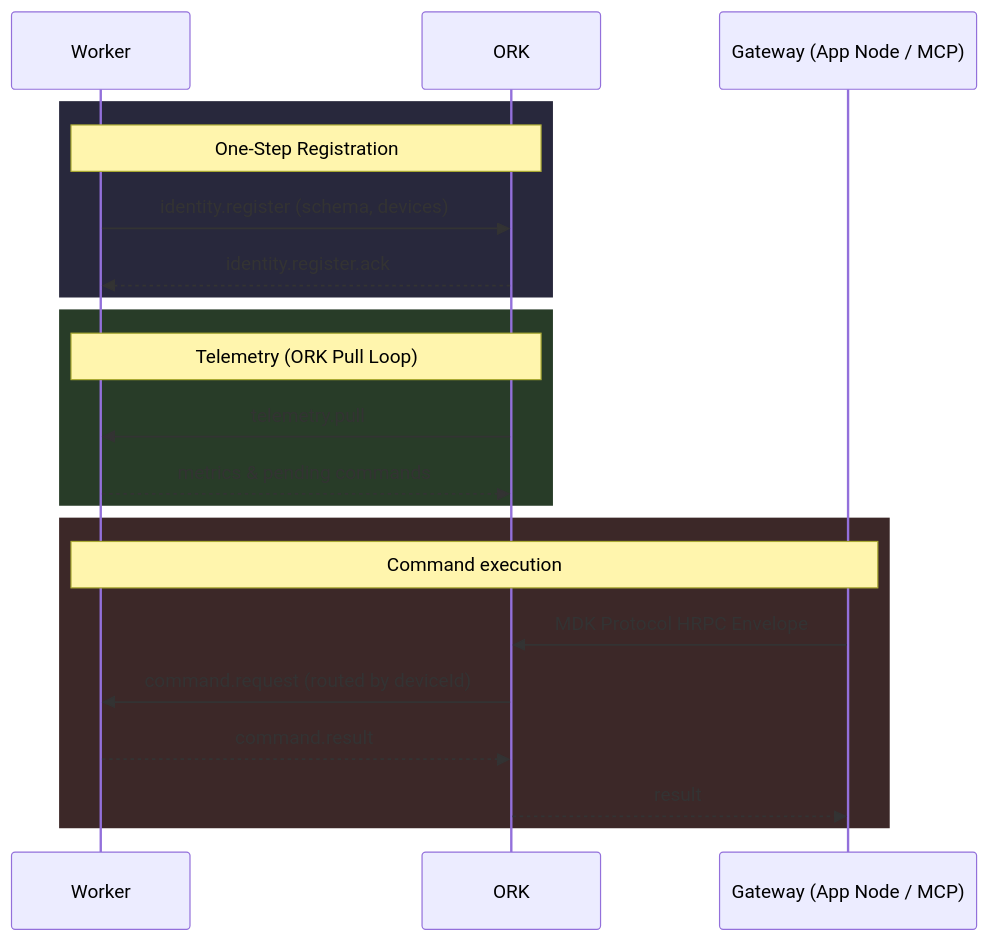
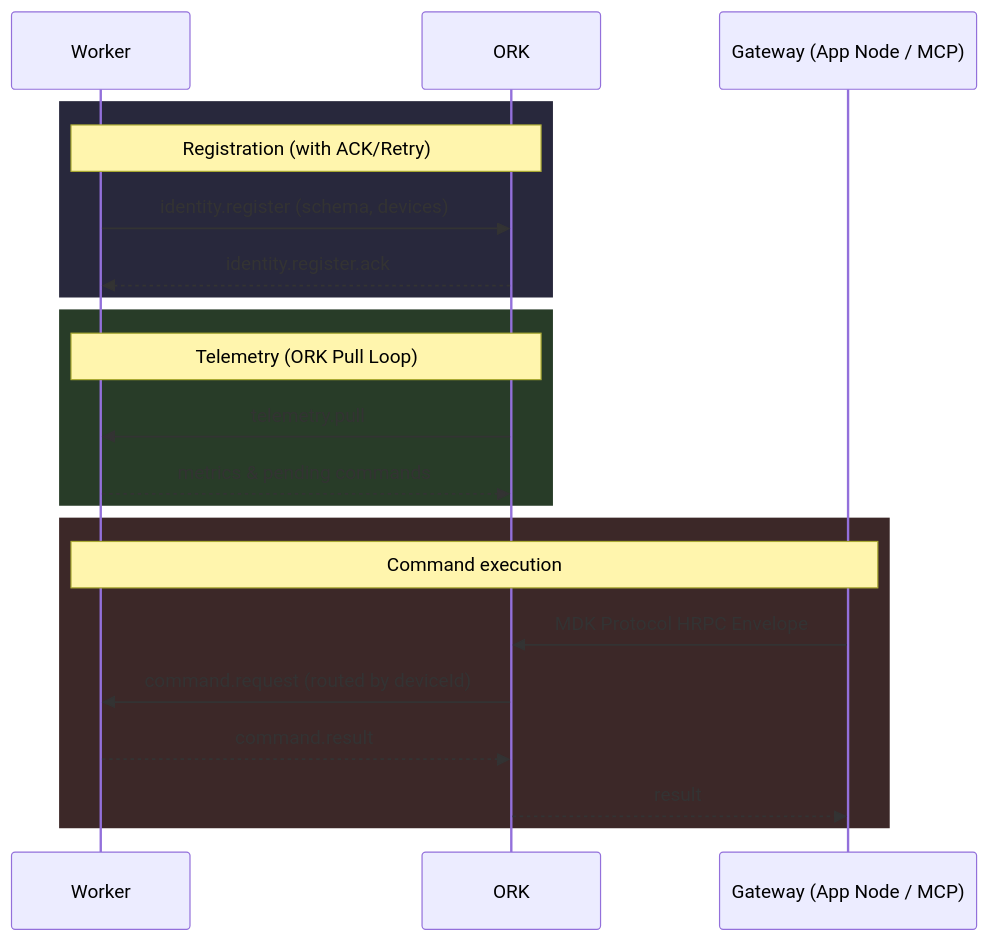
The second of 13 diagrams in docs/hld.md (Gio-Galt/mdk-be), drawn with Mermaid before and after one commit. The commit also changed other lines of this file and 1 other file, not shown here.

````diff
--- a/docs/hld.md
+++ b/docs/hld.md
@@ -118,26 +128,26 @@
 ```mermaid
 sequenceDiagram
     participant W as Worker
     participant O as ORK
     participant G as Gateway (App Node / MCP)
 
     rect rgb(40, 40, 60)
-    Note over W,O: One-Step Registration
+    Note over W,O: Registration (with ACK/Retry)
     W->>O: identity.register (schema, devices)
     O-->>W: identity.register.ack
     end
 
     rect rgb(40, 60, 40)
     Note over O,W: Telemetry (ORK Pull Loop)
     O->>W: telemetry.pull
     W-->>O: metrics & pending commands
     end
 
     rect rgb(60, 40, 40)
     Note over G,W: Command execution
     G->>O: MDK Protocol HRPC Envelope
     O->>W: command.request (routed by deviceId)
     W-->>O: command.result
     O-->>G: result
     end
 ```
````
